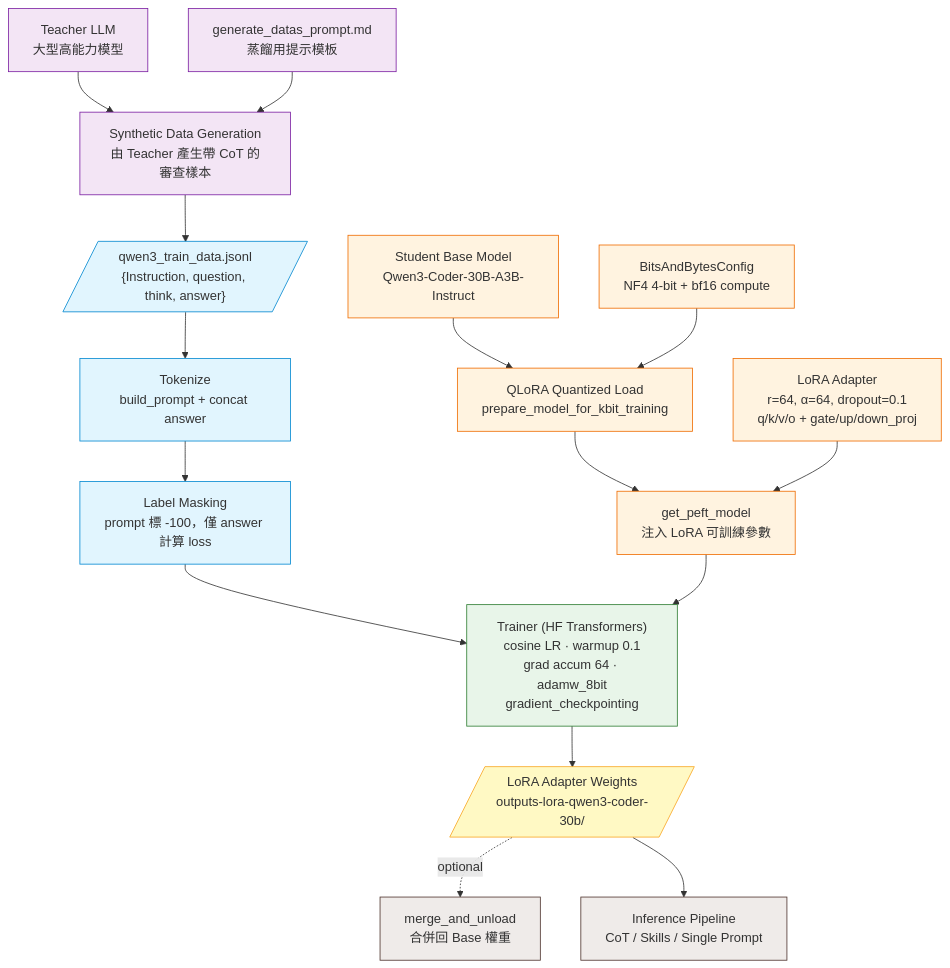
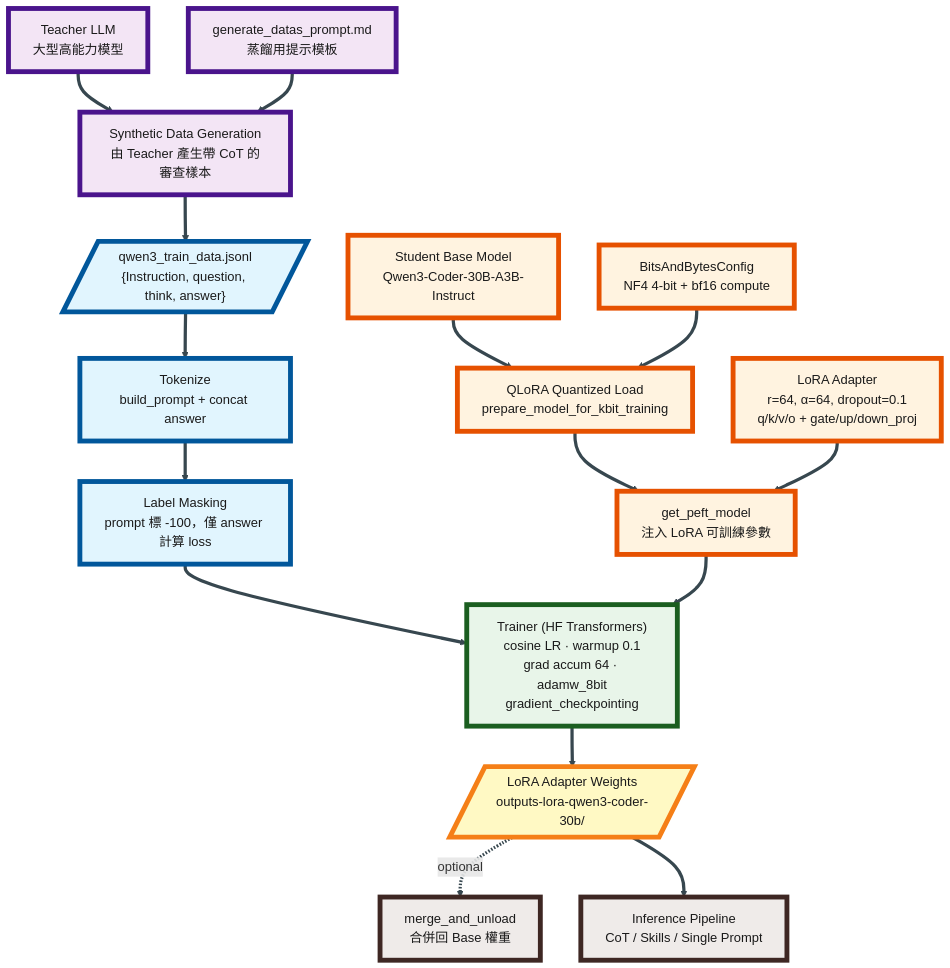
The third of 3 diagrams in architecture.md (JE-Chen/Code-Review-Framework-Combining-Large-Language-Models-and-Chain-of-Thought-Reasoning), drawn with Mermaid before and after one commit. The commit also changed other lines of this file and 6 other files, not shown here.

First line of the commit message:
docs: Refresh architecture, results summary, and slide build notes

````diff
--- a/architecture.md
+++ b/architecture.md
@@ -86,48 +111,50 @@
 ```mermaid
+%%{init: {'themeVariables': {'fontSize': '52px', 'fontFamily': 'Arial, "Microsoft JhengHei", sans-serif'}, 'flowchart': {'padding': 36, 'nodeSpacing': 100, 'rankSpacing': 100}}}%%
 graph TB
     TEACHER["Teacher LLM<br/>大型高能力模型"]
     GEN_PROMPT["generate_datas_prompt.md<br/>蒸餾用提示模板"]
     TEACHER --> GEN
     GEN_PROMPT --> GEN
 
     GEN["Synthetic Data Generation<br/>由 Teacher 產生帶 CoT 的審查樣本"]
     GEN --> JSONL[/"qwen3_train_data.jsonl<br/>{Instruction, question, think, answer}"/]
 
     JSONL --> TOK["Tokenize<br/>build_prompt + concat answer"]
     TOK --> MASK["Label Masking<br/>prompt 標 -100，僅 answer 計算 loss"]
 
     BASE["Student Base Model<br/>Qwen3-Coder-30B-A3B-Instruct"]
     BNB["BitsAndBytesConfig<br/>NF4 4-bit + bf16 compute"]
     BASE --> QLORA
     BNB --> QLORA
     QLORA["QLoRA Quantized Load<br/>prepare_model_for_kbit_training"]
 
     LORA_CFG["LoRA Adapter<br/>r=64, α=64, dropout=0.1<br/>q/k/v/o + gate/up/down_proj"]
     QLORA --> INJECT
     LORA_CFG --> INJECT
     INJECT["get_peft_model<br/>注入 LoRA 可訓練參數"]
 
     MASK --> TRAIN
     INJECT --> TRAIN
     TRAIN["Trainer (HF Transformers)<br/>cosine LR · warmup 0.1<br/>grad accum 64 · adamw_8bit<br/>gradient_checkpointing"]
 
     TRAIN --> ADAPTER[/"LoRA Adapter Weights<br/>outputs-lora-qwen3-coder-30b/"/]
     ADAPTER -.optional.-> MERGE["merge_and_unload<br/>合併回 Base 權重"]
     ADAPTER --> SERVE["Inference Pipeline<br/>CoT / Skills / Single Prompt"]
 
-    style TEACHER fill:#f3e5f5,stroke:#7b1fa2
-    style GEN_PROMPT fill:#f3e5f5,stroke:#7b1fa2
-    style GEN fill:#f3e5f5,stroke:#7b1fa2
-    style JSONL fill:#e1f5fe,stroke:#0288d1
-    style TOK fill:#e1f5fe,stroke:#0288d1
-    style MASK fill:#e1f5fe,stroke:#0288d1
-    style BASE fill:#fff3e0,stroke:#ef6c00
-    style BNB fill:#fff3e0,stroke:#ef6c00
-    style QLORA fill:#fff3e0,stroke:#ef6c00
-    style LORA_CFG fill:#fff3e0,stroke:#ef6c00
-    style INJECT fill:#fff3e0,stroke:#ef6c00
-    style TRAIN fill:#e8f5e9,stroke:#2e7d32
-    style ADAPTER fill:#fff9c4,stroke:#f9a825
-    style MERGE fill:#efebe9,stroke:#4e342e
-    style SERVE fill:#efebe9,stroke:#4e342e
+    style TEACHER fill:#f3e5f5,stroke:#4a148c,stroke-width:6px,color:#1a1a1a
+    style GEN_PROMPT fill:#f3e5f5,stroke:#4a148c,stroke-width:6px,color:#1a1a1a
+    style GEN fill:#f3e5f5,stroke:#4a148c,stroke-width:6px,color:#1a1a1a
+    style JSONL fill:#e1f5fe,stroke:#01579b,stroke-width:6px,color:#1a1a1a
+    style TOK fill:#e1f5fe,stroke:#01579b,stroke-width:6px,color:#1a1a1a
+    style MASK fill:#e1f5fe,stroke:#01579b,stroke-width:6px,color:#1a1a1a
+    style BASE fill:#fff3e0,stroke:#e65100,stroke-width:6px,color:#1a1a1a
+    style BNB fill:#fff3e0,stroke:#e65100,stroke-width:6px,color:#1a1a1a
+    style QLORA fill:#fff3e0,stroke:#e65100,stroke-width:6px,color:#1a1a1a
+    style LORA_CFG fill:#fff3e0,stroke:#e65100,stroke-width:6px,color:#1a1a1a
+    style INJECT fill:#fff3e0,stroke:#e65100,stroke-width:6px,color:#1a1a1a
+    style TRAIN fill:#e8f5e9,stroke:#1b5e20,stroke-width:6px,color:#1a1a1a
+    style ADAPTER fill:#fff9c4,stroke:#f57f17,stroke-width:6px,color:#1a1a1a
+    style MERGE fill:#efebe9,stroke:#3e2723,stroke-width:6px,color:#1a1a1a
+    style SERVE fill:#efebe9,stroke:#3e2723,stroke-width:6px,color:#1a1a1a
+    linkStyle default stroke:#37474f,stroke-width:4px
 ```
````
